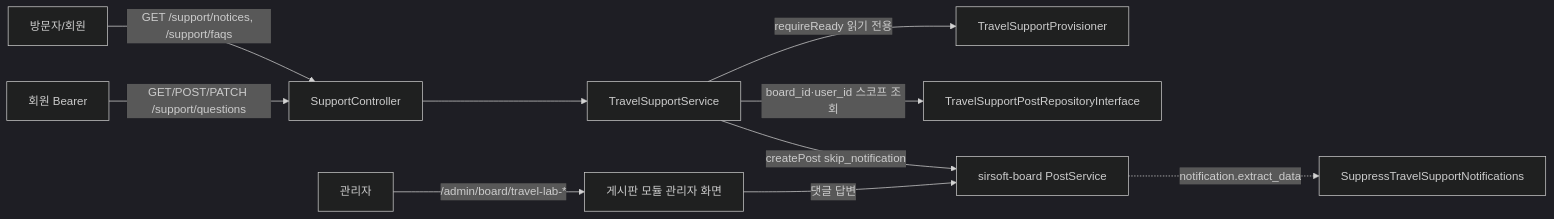
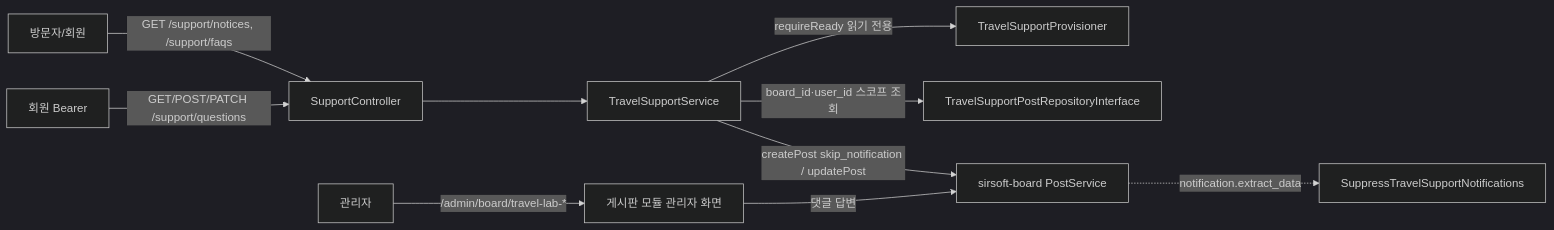
The diagram in modules/_bundled/raonslab-travel_lab/docs/support.md (raonslab2/g7), drawn with Mermaid (dark theme) before and after one commit. The commit also changed other lines of this file and 11 other files, not shown here.

````diff
--- a/modules/_bundled/raonslab-travel_lab/docs/support.md
+++ b/modules/_bundled/raonslab-travel_lab/docs/support.md
@@ -23,12 +23,12 @@
 ```mermaid
 flowchart LR
     V[방문자/회원] -->|GET /support/notices, /support/faqs| C[SupportController]
     M[회원 Bearer] -->|GET/POST/PATCH /support/questions| C
     C --> S[TravelSupportService]
     S -->|requireReady 읽기 전용| P[TravelSupportProvisioner]
     S -->|board_id·user_id 스코프 조회| R[TravelSupportPostRepositoryInterface]
-    S -->|createPost skip_notification| PS[sirsoft-board PostService]
+    S -->|createPost skip_notification / updatePost| PS[sirsoft-board PostService]
     A[관리자] -->|/admin/board/travel-lab-*| NB[게시판 모듈 관리자 화면]
     NB -->|댓글 답변| PS
     PS -.->|notification.extract_data| L[SuppressTravelSupportNotifications]
 ```
````
